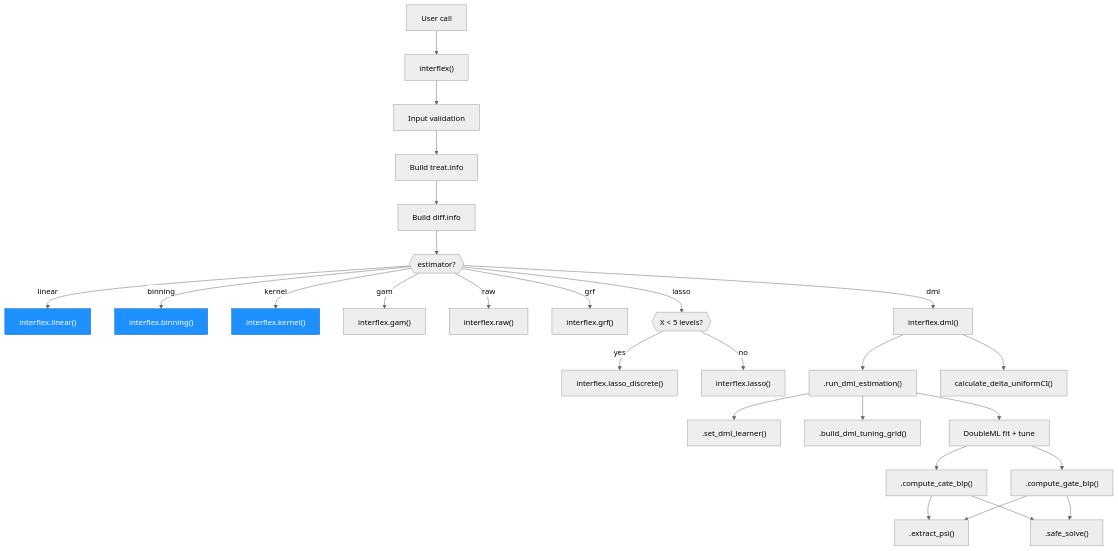
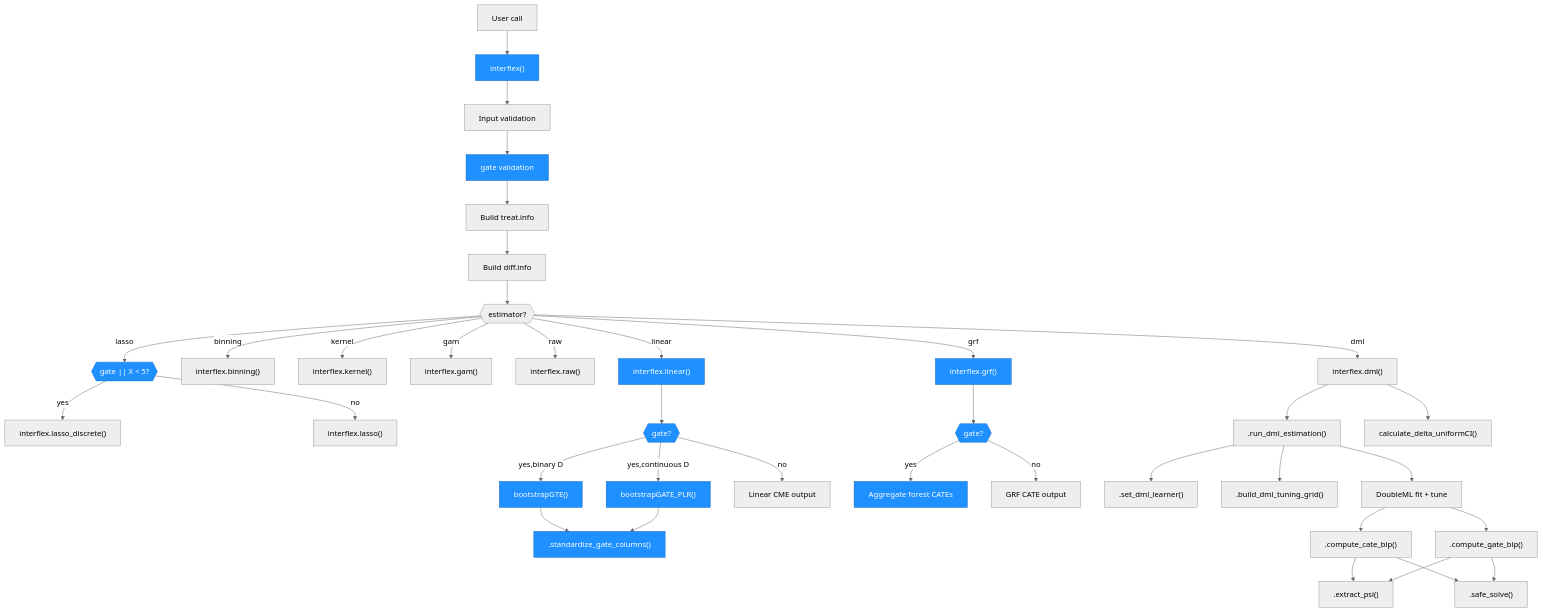
The second of 4 diagrams in architecture.md (xuyiqing/interflex), drawn with Mermaid before and after one commit. The commit also changed other lines of this file and 19 other files, not shown here.

````diff
--- a/architecture.md
+++ b/architecture.md
@@ -156,36 +166,56 @@
 ```mermaid
 %%{init: {'theme': 'neutral'}}%%
 graph TD
     USR["User call"] --> IFX["interflex()"]
     IFX --> VAL["Input validation"]
-    VAL --> TI["Build treat.info"]
+    VAL --> GVAL["gate validation"]
+    GVAL --> TI["Build treat.info"]
     TI --> DI["Build diff.info"]
     DI --> ROUTE{{"estimator?"}}
 
     ROUTE -- linear --> LIN["interflex.linear()"]
     ROUTE -- binning --> BIN["interflex.binning()"]
     ROUTE -- kernel --> KER["interflex.kernel()"]
     ROUTE -- gam --> GAM["interflex.gam()"]
     ROUTE -- raw --> RAW["interflex.raw()"]
     ROUTE -- grf --> GRF["interflex.grf()"]
     ROUTE -- dml --> DML["interflex.dml()"]
-    ROUTE -- lasso --> LSPLIT{{"X < 5 levels?"}}
+    ROUTE -- lasso --> LSPLIT{{"gate || X < 5?"}}
     LSPLIT -- yes --> LSD["interflex.lasso_discrete()"]
     LSPLIT -- no --> LAS["interflex.lasso()"]
+
+    LIN --> LINGATE{{"gate?"}}
+    LINGATE -- yes,binary D --> BGTE["bootstrapGTE()"]
+    LINGATE -- yes,continuous D --> BGPLR["bootstrapGATE_PLR()"]
+    LINGATE -- no --> LINCME["Linear CME output"]
+    BGTE --> STDCOL[".standardize_gate_columns()"]
+    BGPLR --> STDCOL
+
+    GRF --> GRFGATE{{"gate?"}}
+    GRFGATE -- yes --> GRFAGG["Aggregate forest CATEs"]
+    GRFGATE -- no --> GRFCME["GRF CATE output"]
 
     DML --> RDE[".run_dml_estimation()"]
     RDE --> SDL[".set_dml_learner()"]
     RDE --> BTG[".build_dml_tuning_grid()"]
     RDE --> DMLFIT["DoubleML fit + tune"]
     DMLFIT --> CATE[".compute_cate_blp()"]
     DMLFIT --> GATE[".compute_gate_blp()"]
     CATE --> EPS[".extract_psi()"]
     GATE --> EPS
     CATE --> SSV[".safe_solve()"]
     GATE --> SSV
     DML --> UNI["calculate_delta_uniformCI()"]
 
+    style IFX fill:#1e90ff,stroke:#1565c0,color:#fff
+    style GVAL fill:#1e90ff,stroke:#1565c0,color:#fff
     style LIN fill:#1e90ff,stroke:#1565c0,color:#fff
-    style BIN fill:#1e90ff,stroke:#1565c0,color:#fff
-    style KER fill:#1e90ff,stroke:#1565c0,color:#fff
+    style LINGATE fill:#1e90ff,stroke:#1565c0,color:#fff
+    style BGTE fill:#1e90ff,stroke:#1565c0,color:#fff
+    style BGPLR fill:#1e90ff,stroke:#1565c0,color:#fff
+    style STDCOL fill:#1e90ff,stroke:#1565c0,color:#fff
+    style GRF fill:#1e90ff,stroke:#1565c0,color:#fff
+    style GRFGATE fill:#1e90ff,stroke:#1565c0,color:#fff
+    style GRFAGG fill:#1e90ff,stroke:#1565c0,color:#fff
+    style LSPLIT fill:#1e90ff,stroke:#1565c0,color:#fff
 ```
````
